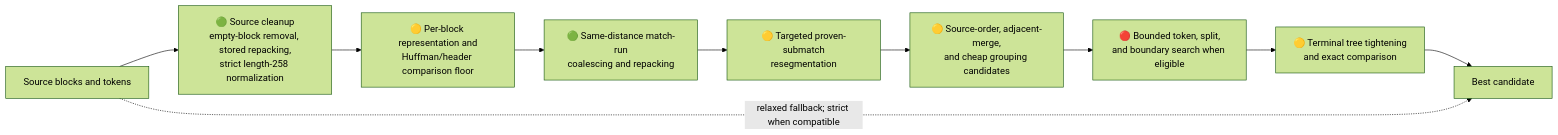
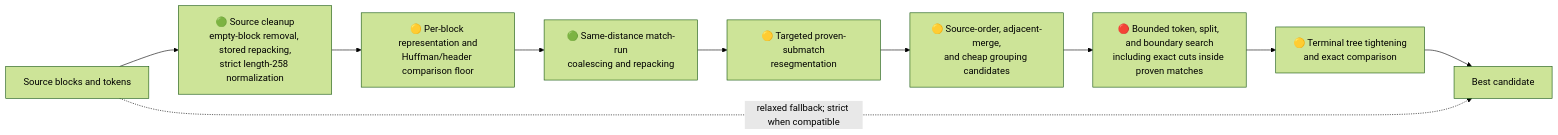
Before and after one commit to ace-dent/columbo: the second of 4 diagrams in docs/routes-and-methods.md, drawn with Mermaid (forest theme). The commit also changed other lines of this file and 1 other file, not shown here.

First line of the commit message:
core: Add inside-match boundary tuning

````diff
--- a/docs/routes-and-methods.md
+++ b/docs/routes-and-methods.md
@@ -81,13 +81,13 @@
 ```mermaid
 flowchart LR
     SRC["Source blocks and tokens"] --> CLEAN["🟢 Source cleanup<br/>empty-block removal, stored repacking,<br/>strict length-258 normalization"]
     CLEAN --> BASE["🟡 Per-block representation and<br/>Huffman/header comparison floor"]
     BASE --> RUNS["🟢 Same-distance match-run<br/>coalescing and repacking"]
     RUNS --> SUB["🟡 Targeted proven-submatch<br/>resegmentation"]
     SUB --> GROUP["🟡 Source-order, adjacent-merge,<br/>and cheap grouping candidates"]
-    GROUP --> TS["🔴 Bounded token, split,<br/>and boundary search when eligible"]
+    GROUP --> TS["🔴 Bounded token, split, and boundary search<br/>including exact cuts inside proven matches"]
     TS --> TM["🟡 Terminal tree tightening<br/>and exact comparison"]
     TM --> WIN["Best candidate"]
 
     SRC -. "relaxed fallback; strict when compatible" .-> WIN
 ```
````
